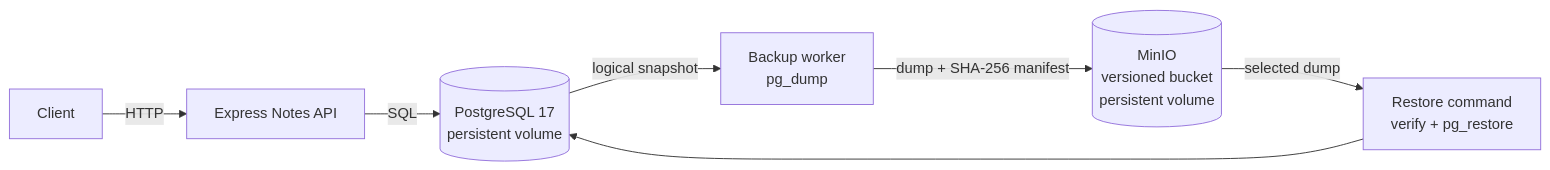
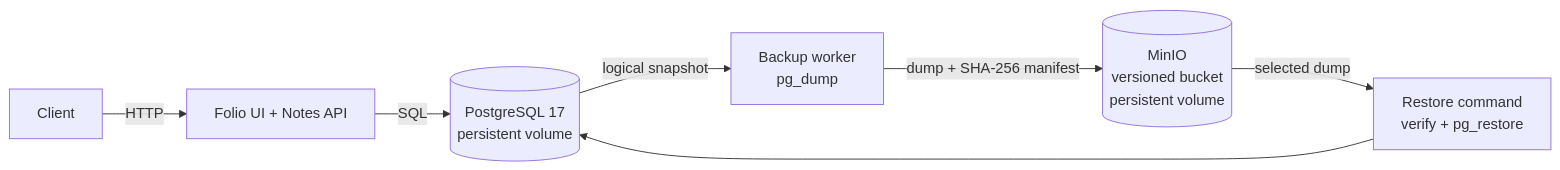
Before and after one commit to OmLanke/DevOpsLabMiniProject: the diagram in README.md, drawn with Mermaid. The commit also changed other lines of this file and 50 other files, not shown here.

````diff
--- a/README.md
+++ b/README.md
@@ -7,9 +7,9 @@
 ```mermaid
 flowchart LR
-    Client -->|HTTP| App[Express Notes API]
+    Client -->|HTTP| App[Folio UI + Notes API]
     App -->|SQL| DB[(PostgreSQL 17<br/>persistent volume)]
     DB -->|logical snapshot| Worker[Backup worker<br/>pg_dump]
     Worker -->|dump + SHA-256 manifest| S3[(MinIO<br/>versioned bucket<br/>persistent volume)]
     S3 -->|selected dump| Restore[Restore command<br/>verify + pg_restore]
     Restore --> DB
 ```
````
